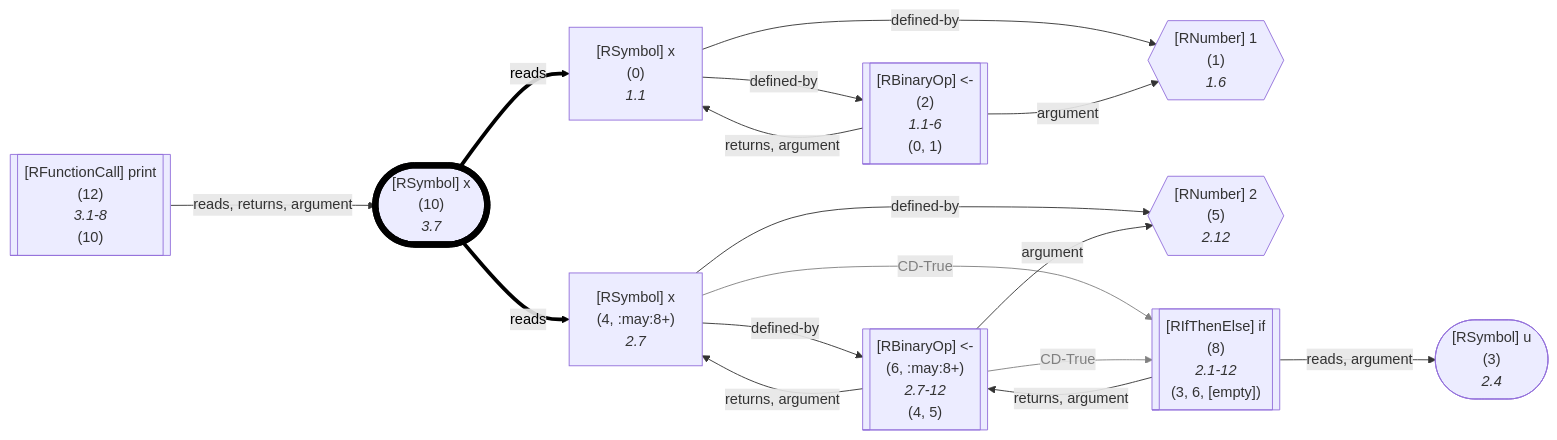
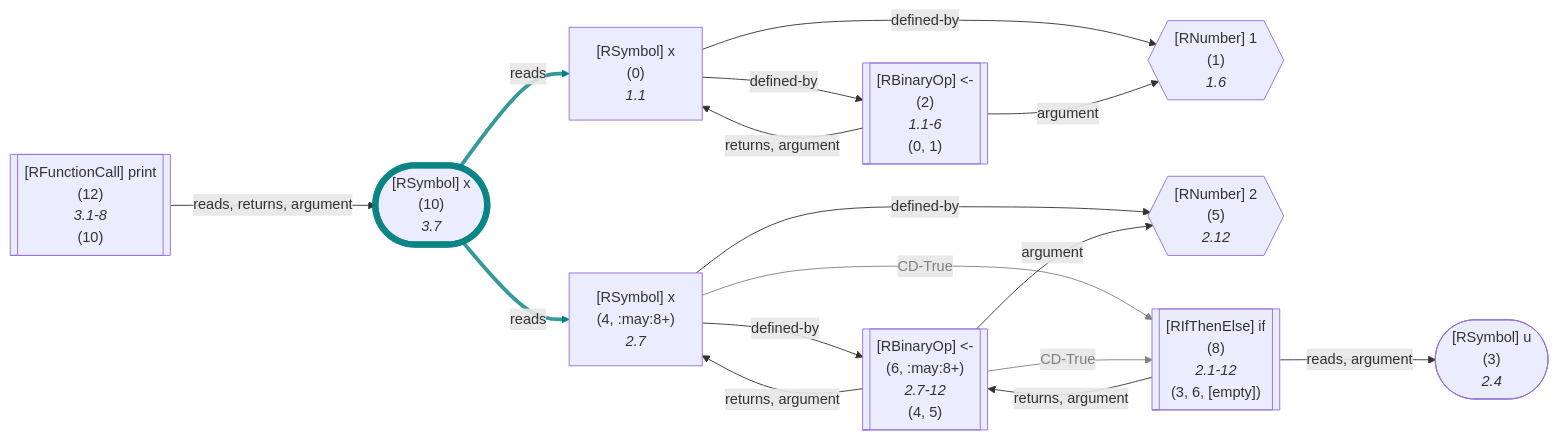
Before and after one commit to flowr-analysis/flowr: the ninth of 33 diagrams in wiki/Dataflow Graph.md, drawn with Mermaid. The commit also changed other lines of this file and 8 other files, not shown here.

````diff
--- a/wiki/Dataflow Graph.md
+++ b/wiki/Dataflow Graph.md
@@ -659,57 +741,57 @@
 ```mermaid
 flowchart LR
     1{{"`#91;RNumber#93; 1
       (1)
       *1.6*`"}}
     0["`#91;RSymbol#93; x
       (0)
       *1.1*`"]
     2[["`#91;RBinaryOp#93; #60;#45;
       (2)
       *1.1-6*
     (0, 1)`"]]
     3(["`#91;RSymbol#93; u
       (3)
       *2.4*`"])
     5{{"`#91;RNumber#93; 2
       (5)
       *2.12*`"}}
     4["`#91;RSymbol#93; x
       (4, :may:8+)
       *2.7*`"]
     6[["`#91;RBinaryOp#93; #60;#45;
       (6, :may:8+)
       *2.7-12*
     (4, 5)`"]]
     8[["`#91;RIfThenElse#93; if
       (8)
       *2.1-12*
     (3, 6, [empty])`"]]
     10(["`#91;RSymbol#93; x
       (10)
       *3.7*`"])
-    style 10 stroke:black,stroke-width:7px; 
+    style 10 stroke:teal,stroke-width:7px,stroke-opacity:.8; 
     12[["`#91;RFunctionCall#93; print
       (12)
       *3.1-8*
     (10)`"]]
     0 -->|"defined-by"| 1
     0 -->|"defined-by"| 2
     2 -->|"argument"| 1
     2 -->|"returns, argument"| 0
     4 -->|"defined-by"| 5
     4 -->|"defined-by"| 6
     4 -->|"CD-True"| 8
     linkStyle 6 stroke:gray,color:gray;
     6 -->|"argument"| 5
     6 -->|"returns, argument"| 4
     6 -->|"CD-True"| 8
     linkStyle 9 stroke:gray,color:gray;
     8 -->|"returns, argument"| 6
     8 -->|"reads, argument"| 3
     10 -->|"reads"| 4
-    linkStyle 12 stroke:black,color:black,stroke-width:4.2px;
+    linkStyle 12 stroke:teal,stroke-width:4.2px,stroke-opacity:.8
     10 -->|"reads"| 0
-    linkStyle 13 stroke:black,color:black,stroke-width:4.2px;
+    linkStyle 13 stroke:teal,stroke-width:4.2px,stroke-opacity:.8
     12 -->|"reads, returns, argument"| 10
 ```
````
